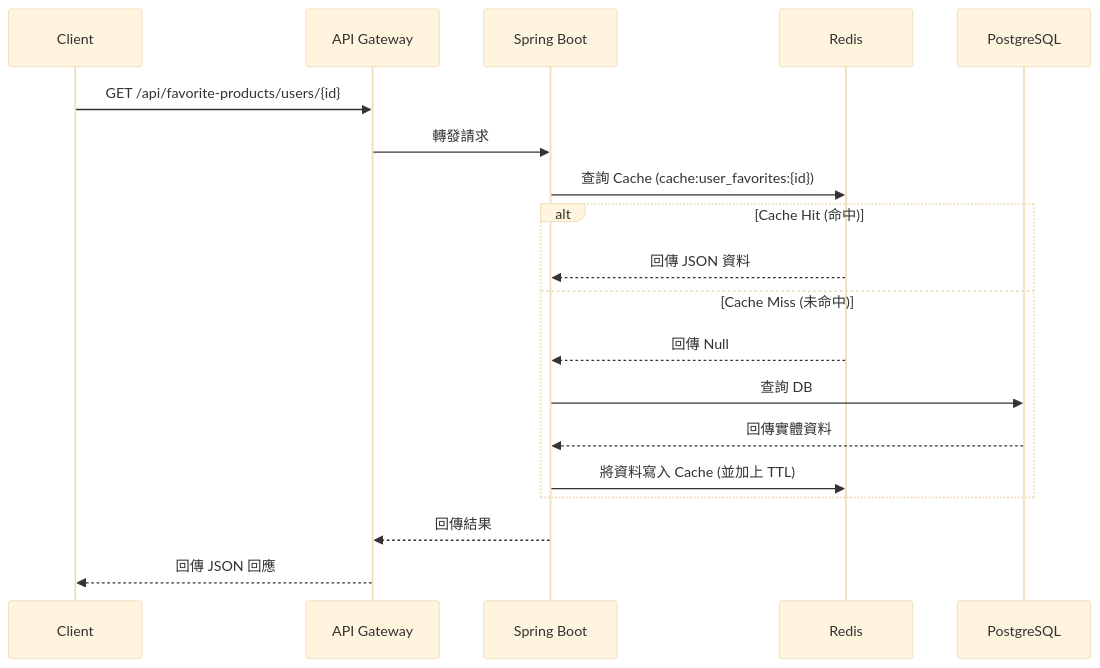
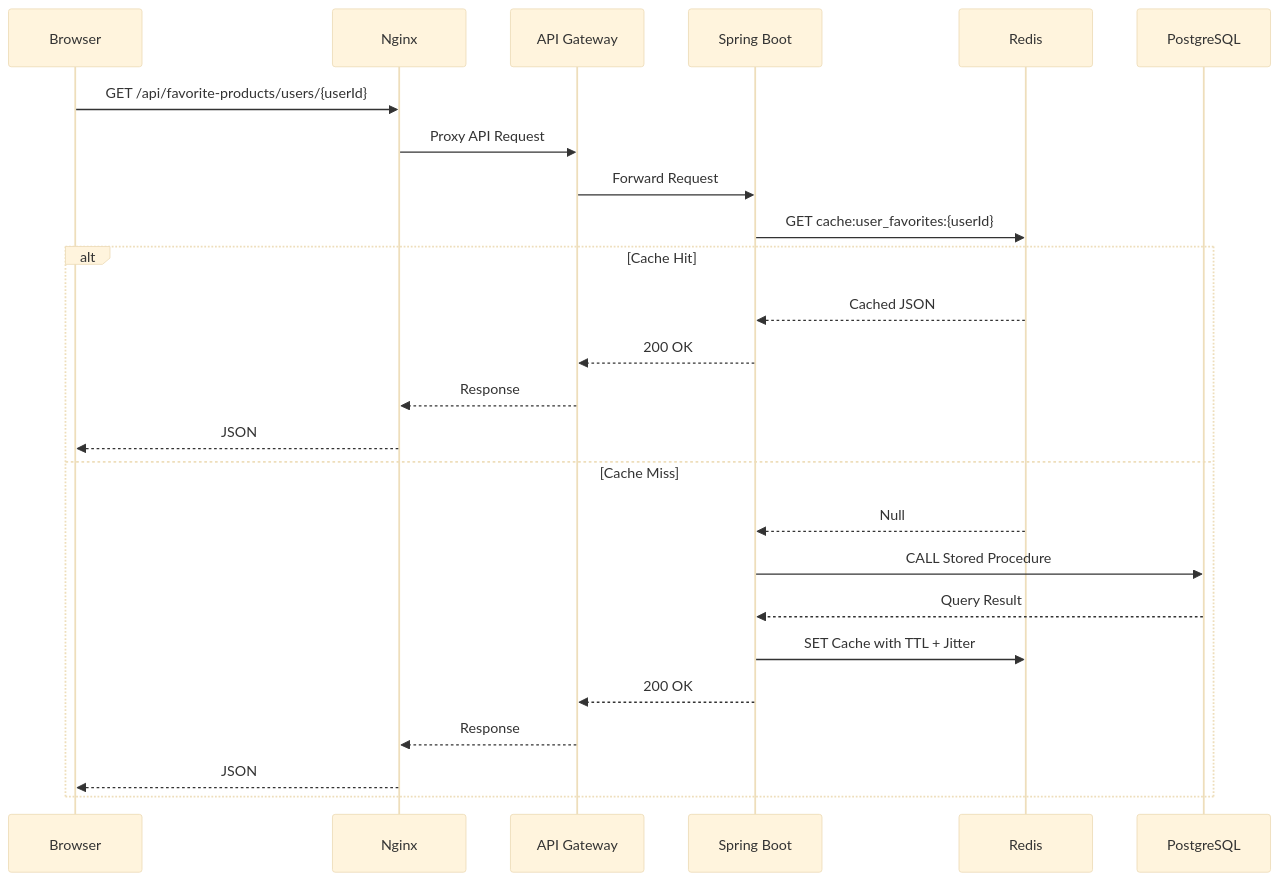
The second of 10 diagrams in README.md (ozasd/esun_financial_system), drawn with Mermaid (base theme) before and after one commit. The commit also changed other lines of this file, not shown here.

````diff
--- a/README.md
+++ b/README.md
@@ -34,22 +219,29 @@
 ```mermaid
 sequenceDiagram
-    participant Client
-    participant API Gateway
-    participant Spring Boot
+    participant Client as Browser
+    participant Nginx
+    participant Kong as API Gateway
+    participant Backend as Spring Boot
     participant Redis
-    participant PostgreSQL
+    participant DB as PostgreSQL
 
-    Client->>API Gateway: GET /api/favorite-products/users/{id}
-    API Gateway->>Spring Boot: 轉發請求
-    Spring Boot->>Redis: 查詢 Cache (cache:user_favorites:{id})
-    alt Cache Hit (命中)
-        Redis-->>Spring Boot: 回傳 JSON 資料
-    else Cache Miss (未命中)
-        Redis-->>Spring Boot: 回傳 Null
-        Spring Boot->>PostgreSQL: 查詢 DB
-        PostgreSQL-->>Spring Boot: 回傳實體資料
-        Spring Boot->>Redis: 將資料寫入 Cache (並加上 TTL)
+    Client->>Nginx: GET /api/favorite-products/users/{userId}
+    Nginx->>Kong: Proxy API Request
+    Kong->>Backend: Forward Request
+    Backend->>Redis: GET cache:user_favorites:{userId}
+
+    alt Cache Hit
+        Redis-->>Backend: Cached JSON
+        Backend-->>Kong: 200 OK
+        Kong-->>Nginx: Response
+        Nginx-->>Client: JSON
+    else Cache Miss
+        Redis-->>Backend: Null
+        Backend->>DB: CALL Stored Procedure
+        DB-->>Backend: Query Result
+        Backend->>Redis: SET Cache with TTL + Jitter
+        Backend-->>Kong: 200 OK
+        Kong-->>Nginx: Response
+        Nginx-->>Client: JSON
     end
-    Spring Boot-->>API Gateway: 回傳結果
-    API Gateway-->>Client: 回傳 JSON 回應
 ```
````
